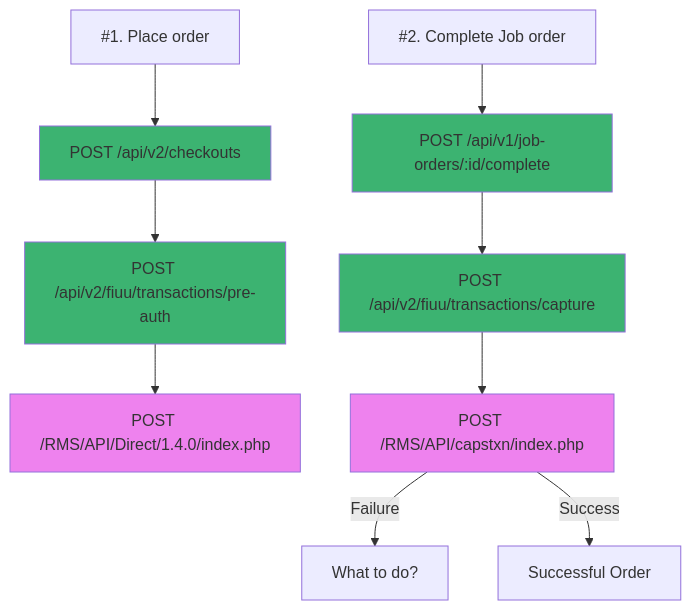
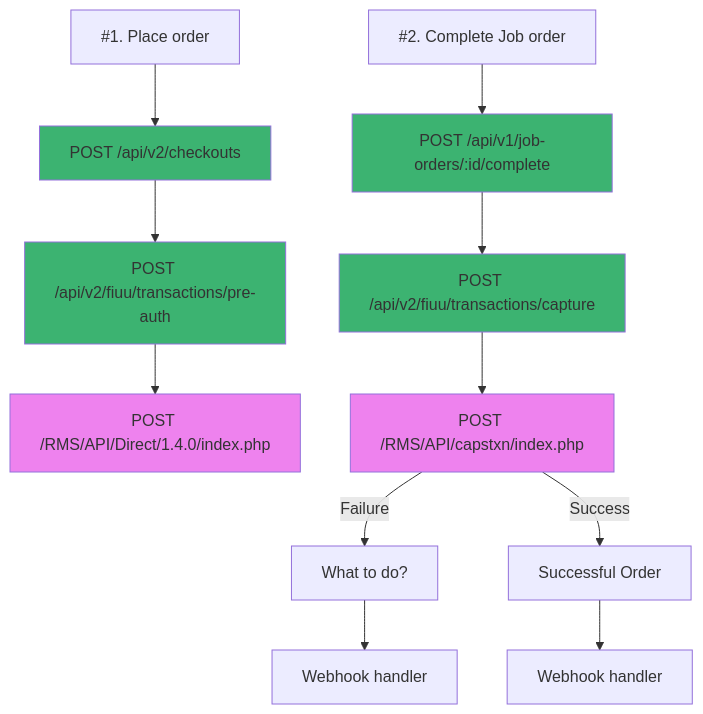
The diagram in fiuu-preauth-capture-v1.md (israelcoper/mermaid-diagram), drawn with Mermaid before and after one commit.

Commit message:
add webhook handler

````diff
--- a/fiuu-preauth-capture-v1.md
+++ b/fiuu-preauth-capture-v1.md
@@ -2,22 +2,24 @@
 ```mermaid
 ---
 title:
 ---
 flowchart TB;
     style B1 fill:#3cb371
     style C1 fill:#3cb371
     style D1 fill:#ee82ee
 
     style B2 fill:#3cb371
     style C2 fill:#3cb371
     style D2 fill:#ee82ee
 
     A1["#1. Place order"]-->B1[POST /api/v2/checkouts];
     B1-->C1[POST /api/v2/fiuu/transactions/pre-auth];
     C1-->D1[POST /RMS/API/Direct/1.4.0/index.php];
     A2["#2. Complete Job order"]-->B2[POST /api/v1/job-orders/:id/complete];
     B2-->C2[POST /api/v2/fiuu/transactions/capture];
     C2-->D2[POST /RMS/API/capstxn/index.php];
     D2--Failure-->E2[What to do?];
     D2--Success-->F2[Successful Order];
+    E2-->E21[Webhook handler];
+    F2-->F21[Webhook handler];
 ```
````
